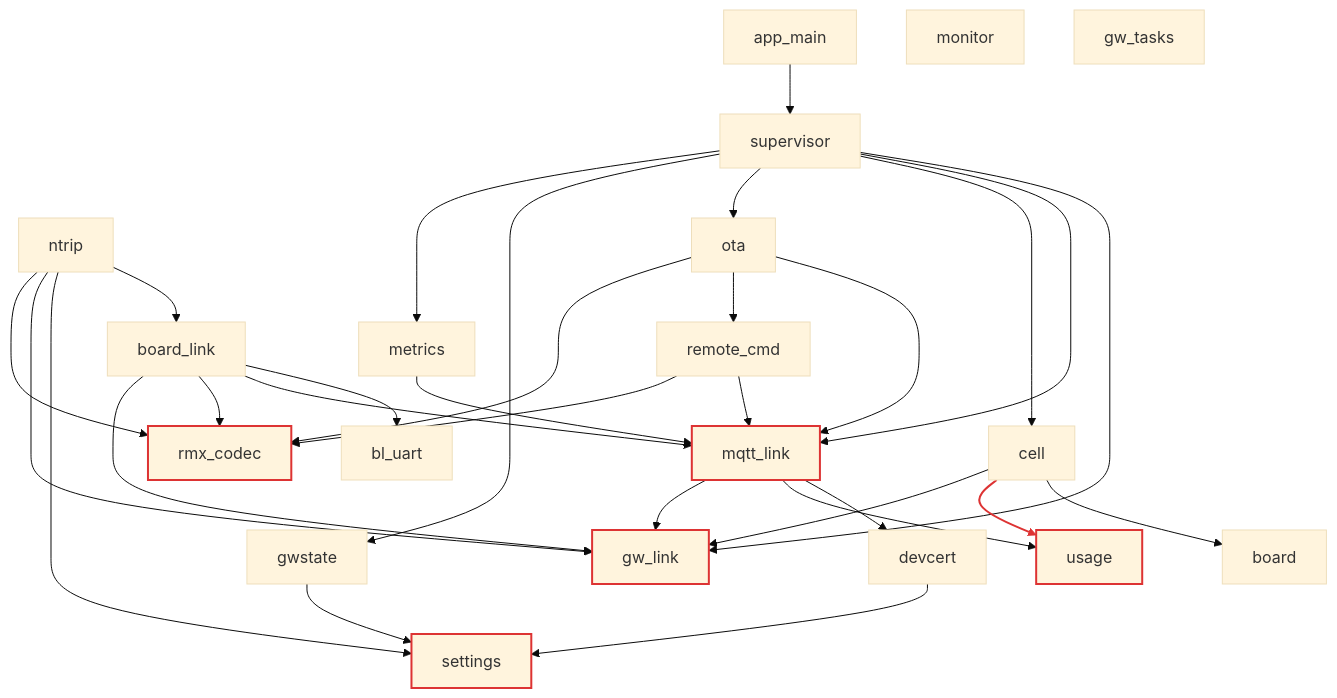
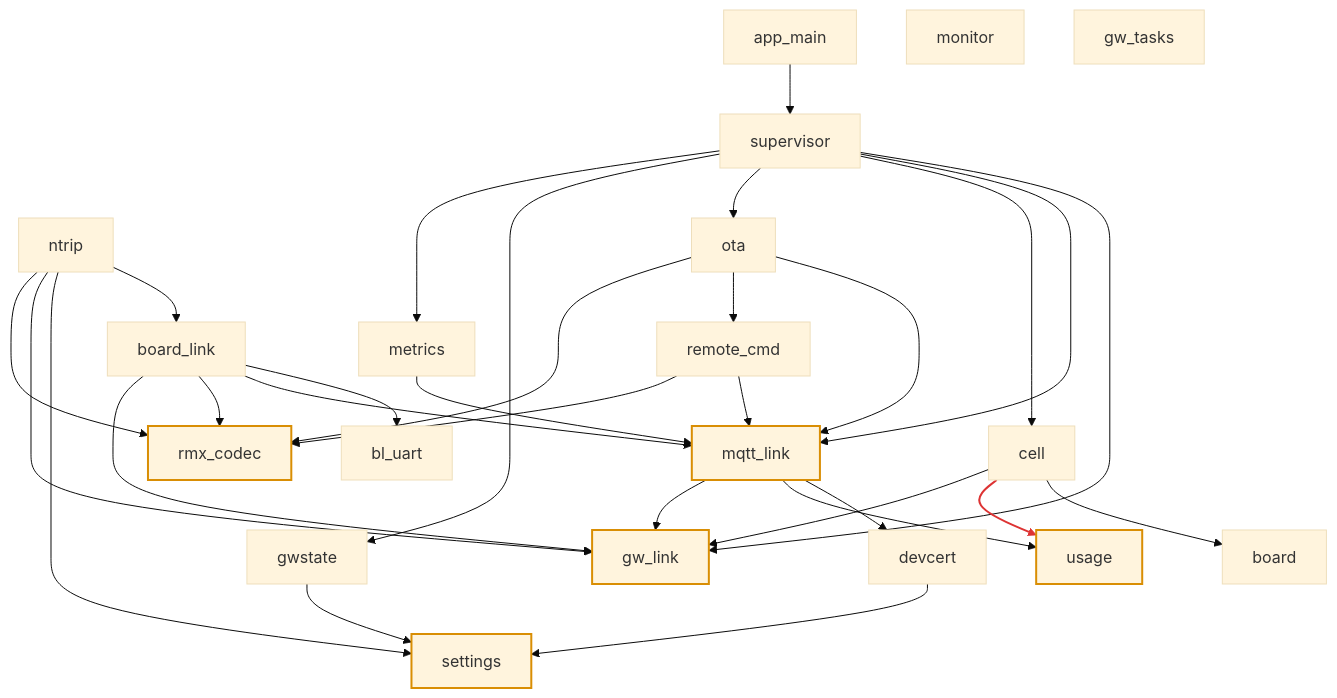
One commit to jRmx0/esp-architecture changed the fourth of 5 diagrams in examples/gateway/diagrams.md. Above: the diagram before and after it, drawn with Mermaid (base theme). The commit also changed other lines of this file and 3 other files, not shown here.

````diff
--- a/examples/gateway/diagrams.md
+++ b/examples/gateway/diagrams.md
@@ -76,54 +76,54 @@
 ```mermaid
 flowchart TD
   n_app_main["app_main"]
   n_supervisor["supervisor"]
   n_mqtt_link["mqtt_link"]
   n_board_link["board_link"]
   n_ntrip["ntrip"]
   n_remote_cmd["remote_cmd"]
   n_ota["ota"]
   n_gwstate["gwstate"]
   n_metrics["metrics"]
   n_monitor["monitor"]
   n_usage["usage"]
   n_devcert["devcert"]
   n_rmx_codec["rmx_codec"]
   n_cell["cell"]
   n_bl_uart["bl_uart"]
   n_board["board"]
   n_settings["settings"]
   n_gw_tasks["gw_tasks"]
   n_gw_link["gw_link"]
   n_app_main --> n_supervisor
   n_supervisor --> n_gw_link
   n_supervisor --> n_mqtt_link
   n_supervisor --> n_cell
   n_supervisor --> n_ota
   n_supervisor --> n_gwstate
   n_supervisor --> n_metrics
   n_mqtt_link --> n_devcert
   n_mqtt_link --> n_usage
   n_mqtt_link --> n_gw_link
   n_board_link --> n_bl_uart
   n_board_link --> n_mqtt_link
   n_board_link --> n_rmx_codec
   n_board_link --> n_gw_link
   n_ntrip --> n_board_link
   n_ntrip --> n_settings
   n_ntrip --> n_gw_link
   n_ntrip --> n_rmx_codec
   n_remote_cmd --> n_mqtt_link
   n_remote_cmd --> n_rmx_codec
   n_ota --> n_mqtt_link
   n_ota --> n_remote_cmd
   n_ota --> n_rmx_codec
   n_gwstate --> n_settings
   n_metrics --> n_mqtt_link
   n_devcert --> n_settings
   n_cell --> n_board
   n_cell --> n_usage
   n_cell --> n_gw_link
-  classDef shared stroke:#d33,stroke-width:2px
+  classDef shared stroke:#d98e04,stroke-width:2px
   class n_gw_link,n_mqtt_link,n_usage,n_rmx_codec,n_settings shared
   linkStyle 27 stroke:#d33,stroke-width:2px
 ```
````
